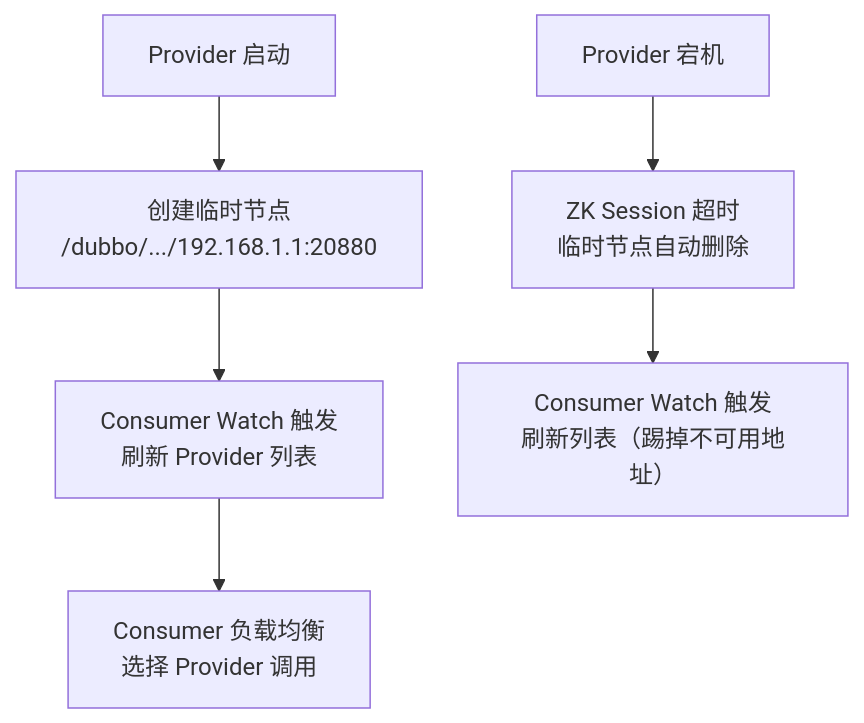
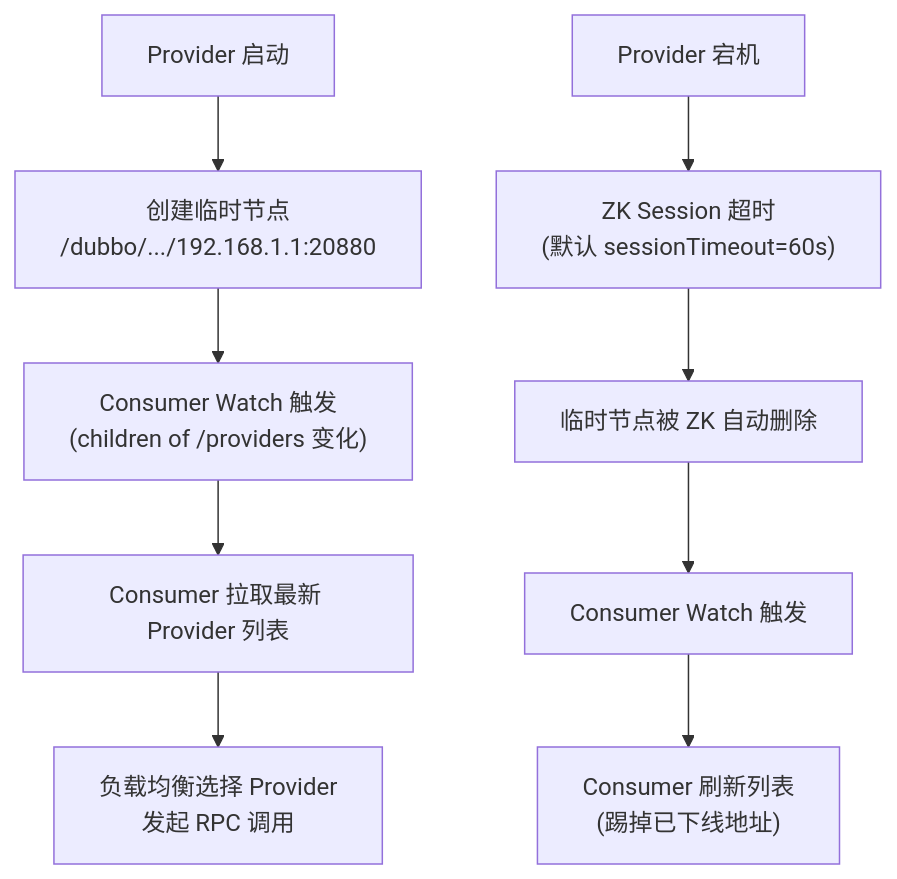
The third of 3 diagrams in content/posts/中间件/ZooKeeper 实践场景——分布式锁、配置中心、服务发现.md (guozy502/my-tech-blog), drawn with Mermaid before and after one commit. The commit also changed other lines of this file and 93 other files, not shown here.

Commit message:
chore(blog): 调整图片

````diff
--- a/content/posts/中间件/ZooKeeper 实践场景——分布式锁、配置中心、服务发现.md
+++ b/content/posts/中间件/ZooKeeper 实践场景——分布式锁、配置中心、服务发现.md
@@ -112,9 +180,12 @@
 ```mermaid
 flowchart TD
     START["Provider 启动"] --> REG["创建临时节点\n/dubbo/.../192.168.1.1:20880"]
-    REG --> NOTIFY["Consumer Watch 触发\n刷新 Provider 列表"]
-    NOTIFY --> CALL["Consumer 负载均衡\n选择 Provider 调用"]
+    REG --> NOTIFY["Consumer Watch 触发\n(children of /providers 变化)"]
+    NOTIFY --> UPDATE["Consumer 拉取最新 Provider 列表"]
+    UPDATE --> CALL["负载均衡选择 Provider\n发起 RPC 调用"]
     
-    DOWN["Provider 宕机"] --> RM["ZK Session 超时\n临时节点自动删除"]
-    RM --> NOTIFY2["Consumer Watch 触发\n刷新列表（踢掉不可用地址）"]
+    DOWN["Provider 宕机"] --> TIMEOUT["ZK Session 超时\n(默认 sessionTimeout=60s)"]
+    TIMEOUT --> DELETE["临时节点被 ZK 自动删除"]
+    DELETE --> NOTIFY2["Consumer Watch 触发"]
+    NOTIFY2 --> UPDATE2["Consumer 刷新列表\n(踢掉已下线地址)"]
 ```
````
